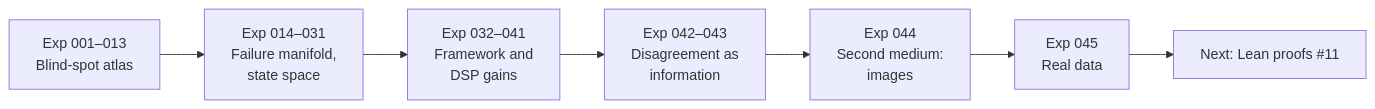
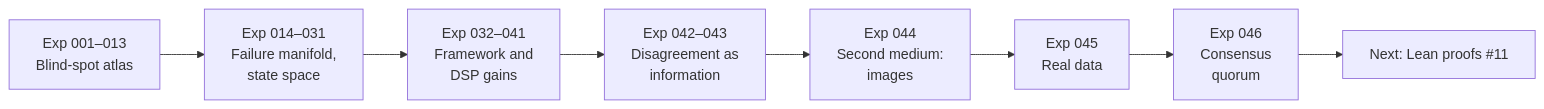
One commit to SpacekidLabs/representation-fragility-lab changed the third of 3 diagrams in README.md. Above: the diagram before and after it, drawn with Mermaid. The commit also changed other lines of this file and 13 other files, not shown here.

First line of the commit message:
Require a quorum before forming a consensus: Exp 046 (closes #20)

````diff
--- a/README.md
+++ b/README.md
@@ -89,9 +89,10 @@
 ```mermaid
 flowchart LR
     A["Exp 001–013<br/>Blind-spot atlas"] --> B["Exp 014–031<br/>Failure manifold,<br/>state space"]
     B --> C["Exp 032–041<br/>Framework and<br/>DSP gains"]
     C --> D["Exp 042–043<br/>Disagreement as<br/>information"]
     D --> E["Exp 044<br/>Second medium:<br/>images"]
     E --> G["Exp 045<br/>Real data"]
-    G --> F["Next: Lean proofs #11"]
+    G --> H["Exp 046<br/>Consensus<br/>quorum"]
+    H --> F["Next: Lean proofs #11"]
 ```
````
